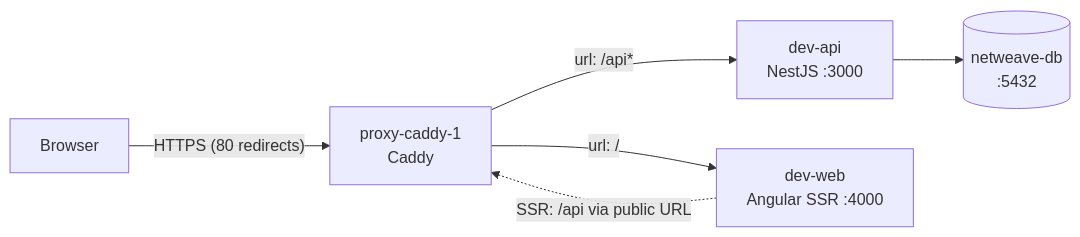
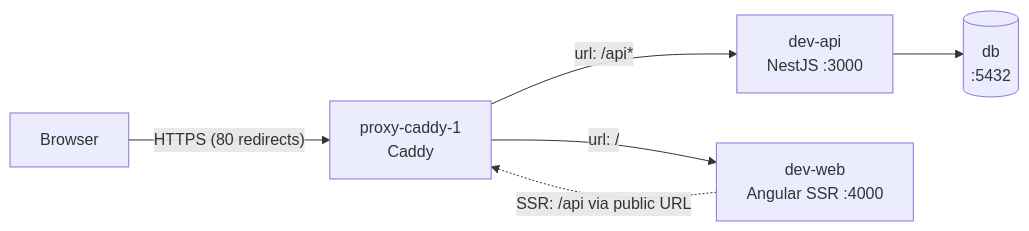
One commit to Netweave-Managed-Networking/netweave changed the diagram in README.md. Above: the diagram before and after it, drawn with Mermaid. The commit also changed other lines of this file and 2 other files, not shown here.

````diff
--- a/README.md
+++ b/README.md
@@ -153,8 +152,8 @@
 ```mermaid
 flowchart LR
   B["Browser"] -->|"HTTPS (80 redirects)"| C["proxy-caddy-1<br/>Caddy"]
   C -->|"url: /api*"| A["dev-api<br/>NestJS :3000"]
   C -->|"url: /"| W["dev-web<br/>Angular SSR :4000"]
   W -.->|"SSR: /api via public URL"| C
-  A --> D[("netweave-db<br/>:5432")]
+  A --> D[("db<br/>:5432")]
 ```
````
